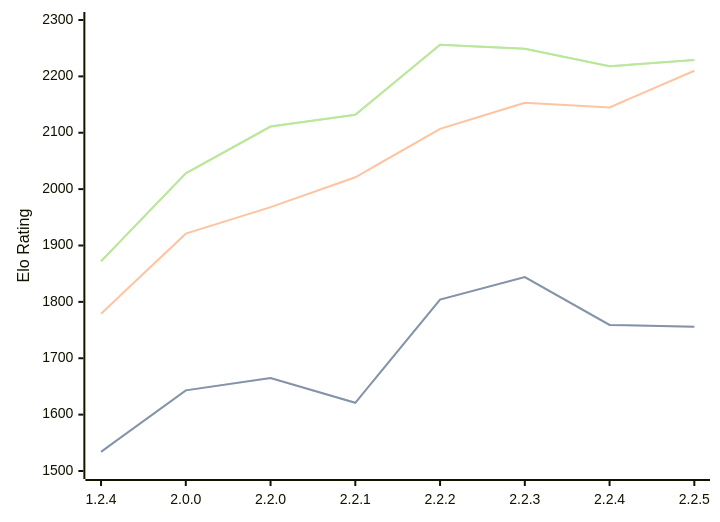
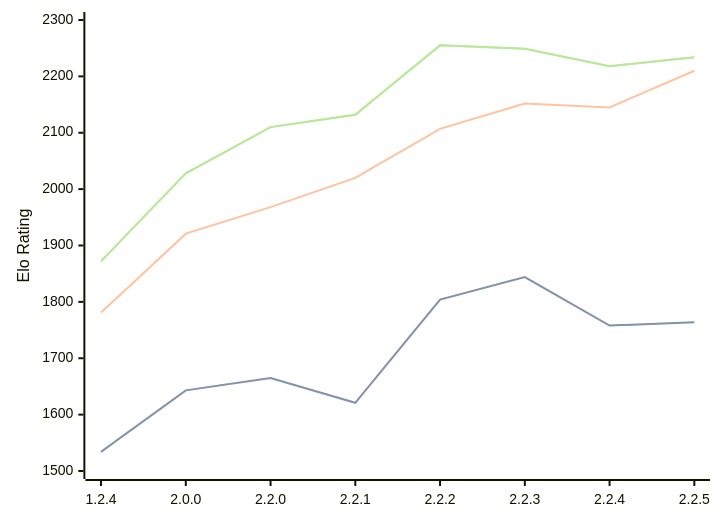
Before and after one commit to computer-chess-index/cci: the diagram in engines/Kreveta.md, drawn with Mermaid. The commit also changed other lines of this file, not shown here.

Commit message:
Update CCI Ratings (ELO VLTC) - 2026-03-18

````diff
--- a/engines/Kreveta.md
+++ b/engines/Kreveta.md
@@ -39,11 +39,11 @@
 ```mermaid
 %%{init: {"theme":"base","themeVariables":{"seriesColors:['#a3a3a3','#222221','#faa371']}}}%%
 xychart-beta
   x-axis ["1.2.4", "2.0.0", "2.2.0", "2.2.1", "2.2.2", "2.2.3", "2.2.4", "2.2.5"]
   y-axis "Elo Rating" 1500 --> 2300
-  line "STC (8.0+0.08s)" [1534, 1643, 1665, 1621, 1804, 1844, 1759, 1756]
-  line "STC (8.0+0.08s)" [1534, 1643, 1665, 1621, 1804, 1844, 1759, 1756]
-  line "LTC (60.0+0.60s)" [1779, 1921, 1968, 2021, 2107, 2153, 2145, 2210]
-  line "VLTC (2m24s+1.12s)" [1872, 2028, 2111, 2132, 2256, 2249, 2218, 2229]
-  line "VLTC (2m24s+1.12s)" [1872, 2028, 2111, 2132, 2256, 2249, 2218, 2229]
+  line "STC (8.0+0.08s)" [1534, 1643, 1665, 1621, 1804, 1844, 1758, 1764]
+  line "STC (8.0+0.08s)" [1534, 1643, 1665, 1621, 1804, 1844, 1758, 1764]
+  line "LTC (60.0+0.60s)" [1781, 1921, 1968, 2020, 2107, 2152, 2145, 2210]
+  line "VLTC (2m24s+1.12s)" [1872, 2028, 2110, 2132, 2255, 2249, 2218, 2234]
+  line "VLTC (2m24s+1.12s)" [1872, 2028, 2110, 2132, 2255, 2249, 2218, 2234]
 ```
````
